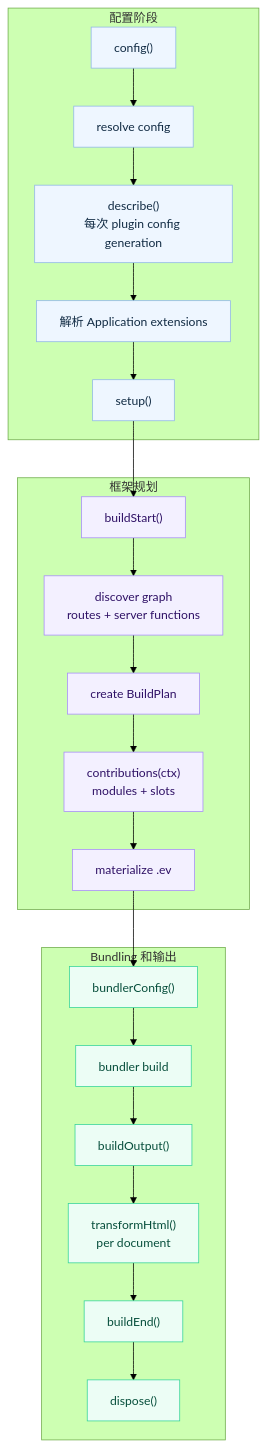
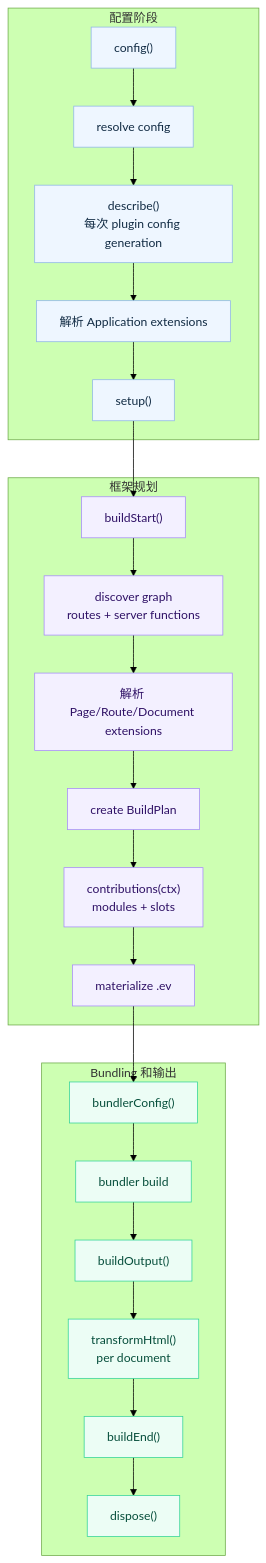
The diagram in docs/i18n/zh-Hans/docusaurus-plugin-content-docs/current/plugins.md (afx-team/evjs), drawn with Mermaid (forest theme) before and after one commit. The commit also changed other lines of this file and 66 other files, not shown here.

````diff
--- a/docs/i18n/zh-Hans/docusaurus-plugin-content-docs/current/plugins.md
+++ b/docs/i18n/zh-Hans/docusaurus-plugin-content-docs/current/plugins.md
@@ -258,38 +265,39 @@
 ```mermaid
 flowchart TB
   subgraph Configure["配置阶段"]
     Config["config()"]
     Resolve["resolve config"]
     Describe["describe()\n每次 plugin config generation"]
     AppExtensions["解析 Application extensions"]
     Setup["setup()"]
   end
 
   subgraph Plan["框架规划"]
     BuildStart["buildStart()"]
     Graph["discover graph\nroutes + server functions"]
+    GraphExtensions["解析 Page/Route/Document extensions"]
     BuildPlan["create BuildPlan"]
     Contributions["contributions(ctx)\nmodules + slots"]
     IR["materialize .ev"]
   end
 
   subgraph Build["Bundling 和输出"]
     BundlerConfig["bundlerConfig()"]
     Bundler["bundler build"]
     BuildOutput["buildOutput()"]
     HTML["transformHtml()\nper document"]
     BuildEnd["buildEnd()"]
     Dispose["dispose()"]
   end
 
-  Config --> Resolve --> Describe --> AppExtensions --> Setup --> BuildStart --> Graph --> BuildPlan
+  Config --> Resolve --> Describe --> AppExtensions --> Setup --> BuildStart --> Graph --> GraphExtensions --> BuildPlan
   BuildPlan --> Contributions --> IR --> BundlerConfig --> Bundler
   Bundler --> BuildOutput --> HTML --> BuildEnd --> Dispose
 
   classDef config fill:#eef6ff,stroke:#8fb5e8,color:#102a43;
   classDef plan fill:#f3f0ff,stroke:#a78bfa,color:#2e1065;
   classDef build fill:#ecfdf5,stroke:#34d399,color:#064e3b;
   class Config,Resolve,Describe,AppExtensions,Setup config;
-  class BuildStart,Graph,BuildPlan,Contributions,IR plan;
+  class BuildStart,Graph,GraphExtensions,BuildPlan,Contributions,IR plan;
   class BundlerConfig,Bundler,BuildOutput,HTML,BuildEnd,Dispose build;
 ```
````
